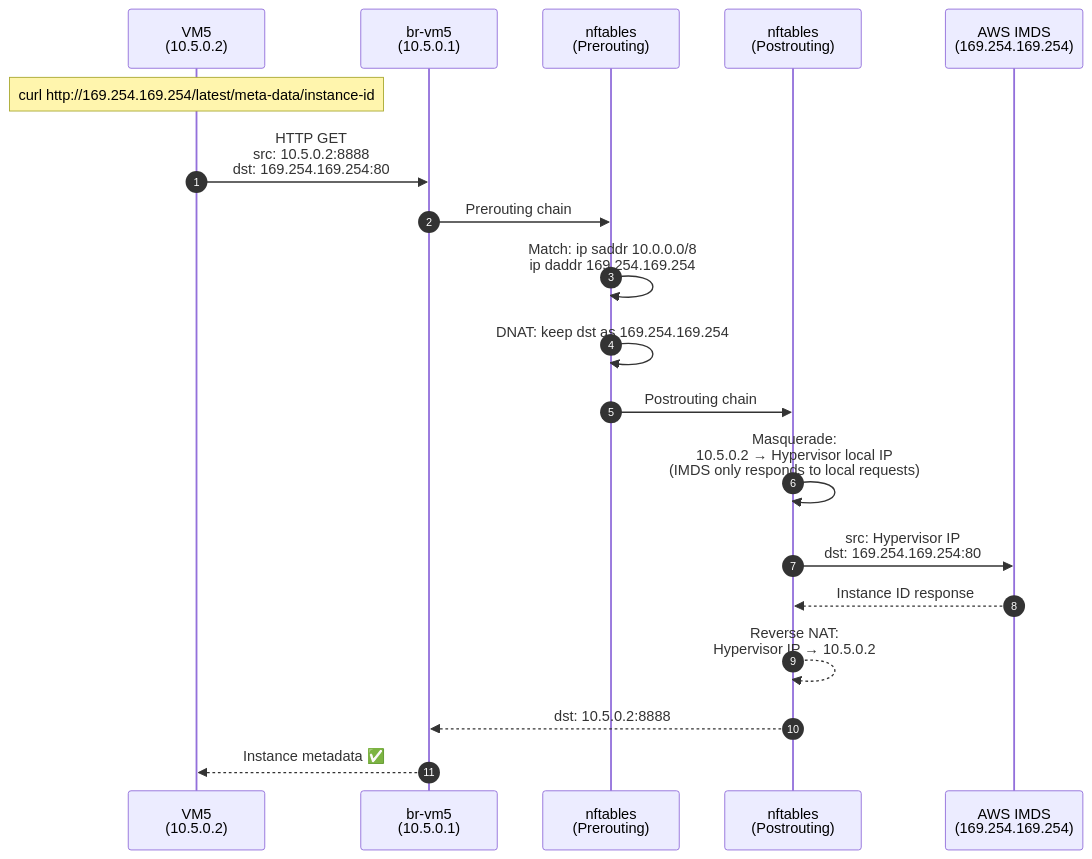
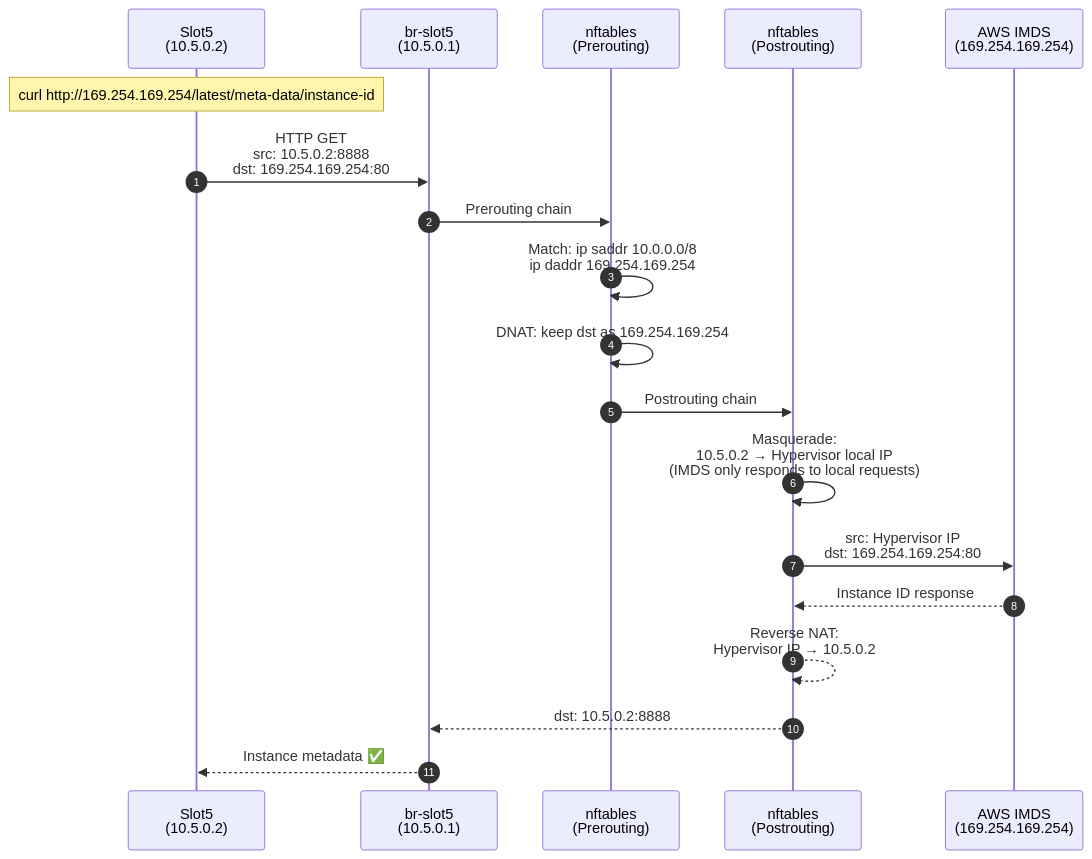
Before and after one commit to r33drichards/simple-microvm-infra: diagram 15 of 15 in NETWORK-TOPOLOGY.md, drawn with Mermaid. The commit also changed other lines of this file and 3 other files, not shown here.

First line of the commit message:
Update documentation for portable state architecture

````diff
--- a/NETWORK-TOPOLOGY.md
+++ b/NETWORK-TOPOLOGY.md
@@ -769,22 +770,22 @@
 ```mermaid
 sequenceDiagram
     autonumber
-    participant VM5 as VM5<br/>(10.5.0.2)
-    participant BR5 as br-vm5<br/>(10.5.0.1)
+    participant Slot5 as Slot5<br/>(10.5.0.2)
+    participant BR5 as br-slot5<br/>(10.5.0.1)
     participant NFT_PRE as nftables<br/>(Prerouting)
     participant NFT_POST as nftables<br/>(Postrouting)
     participant IMDS as AWS IMDS<br/>(169.254.169.254)
 
-    Note over VM5: curl http://169.254.169.254/latest/meta-data/instance-id
-    VM5->>BR5: HTTP GET<br/>src: 10.5.0.2:8888<br/>dst: 169.254.169.254:80
+    Note over Slot5: curl http://169.254.169.254/latest/meta-data/instance-id
+    Slot5->>BR5: HTTP GET<br/>src: 10.5.0.2:8888<br/>dst: 169.254.169.254:80
     BR5->>NFT_PRE: Prerouting chain
     NFT_PRE->>NFT_PRE: Match: ip saddr 10.0.0.0/8<br/>ip daddr 169.254.169.254
     NFT_PRE->>NFT_PRE: DNAT: keep dst as 169.254.169.254
     NFT_PRE->>NFT_POST: Postrouting chain
     NFT_POST->>NFT_POST: Masquerade:<br/>10.5.0.2 → Hypervisor local IP<br/>(IMDS only responds to local requests)
     NFT_POST->>IMDS: src: Hypervisor IP<br/>dst: 169.254.169.254:80
     IMDS-->>NFT_POST: Instance ID response
     NFT_POST-->>NFT_POST: Reverse NAT:<br/>Hypervisor IP → 10.5.0.2
     NFT_POST-->>BR5: dst: 10.5.0.2:8888
-    BR5-->>VM5: Instance metadata ✅
+    BR5-->>Slot5: Instance metadata ✅
 ```
````
